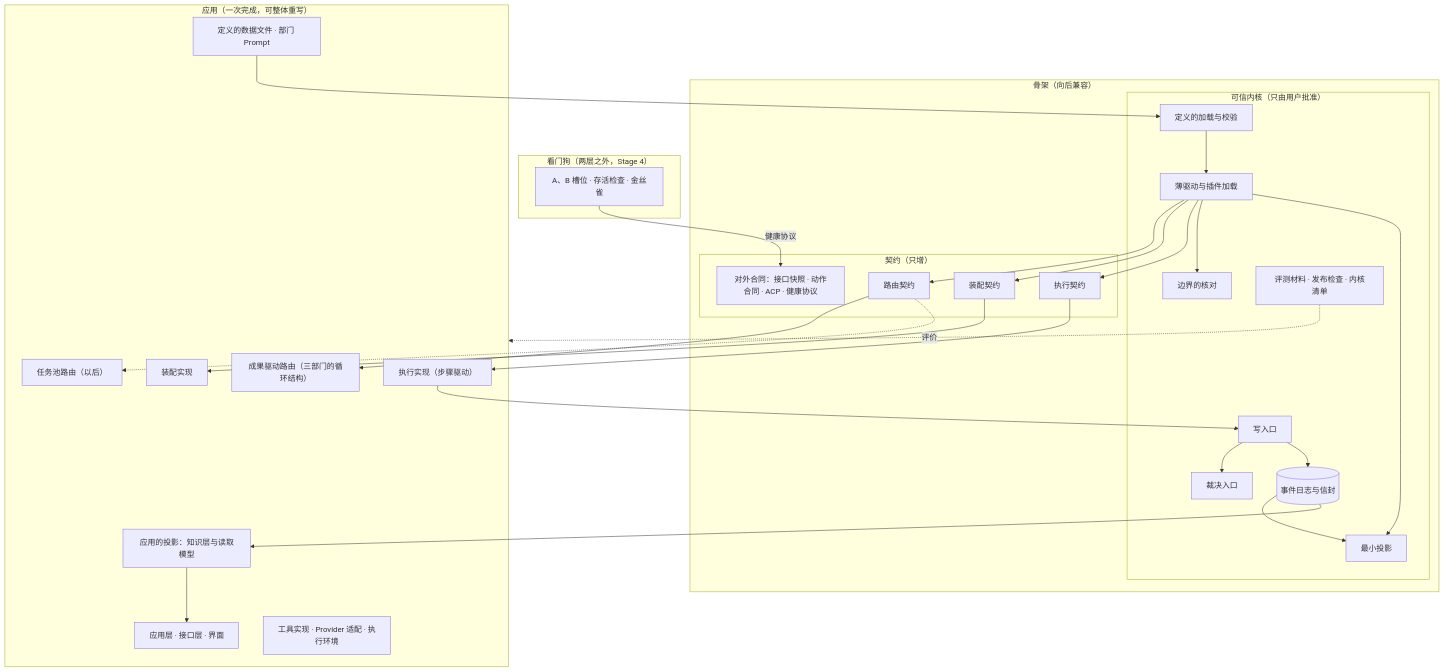
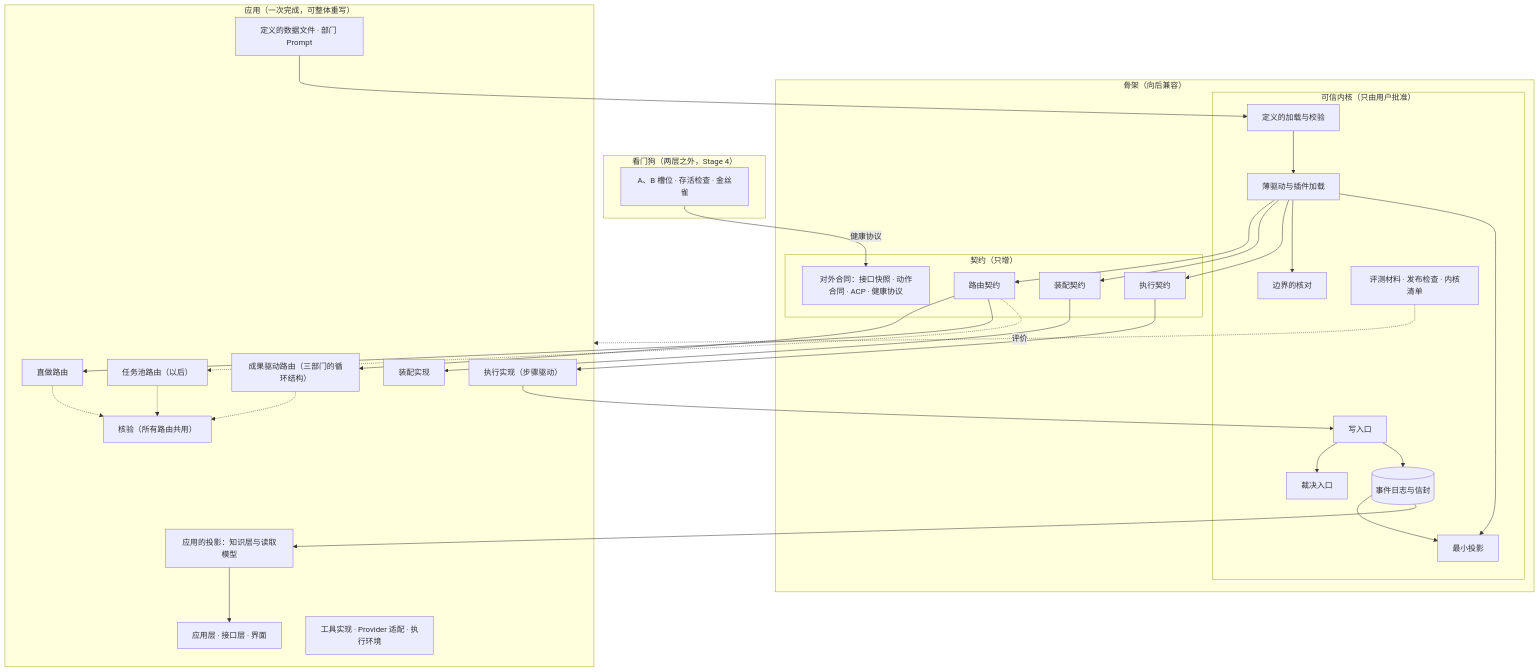
One commit to bender2333/yudao changed the second of 2 diagrams in docs/design/skeleton-and-application.md. Above: the diagram before and after it, drawn with Mermaid. The commit also changed other lines of this file and 23 other files, not shown here.

First line of the commit message:
子模块设计说明按 ADR-0044 后的总图核对：核验归核验角色、子循环收窄、外包不再要求下游核验

````diff
--- a/docs/design/skeleton-and-application.md
+++ b/docs/design/skeleton-and-application.md
@@ -324,48 +324,52 @@
 ```mermaid
 flowchart TB
   subgraph WD["看门狗（两层之外，Stage 4）"]
     Slots["A、B 槽位 · 存活检查 · 金丝雀"]
   end
   subgraph SK["骨架（向后兼容）"]
     subgraph Kernel["可信内核（只由用户批准）"]
       Log[("事件日志与信封")]
       WP["写入口"]
       U["裁决入口"]
       Bnd["边界的核对"]
       MP["最小投影"]
       Def["定义的加载与校验"]
       Eval["评测材料 · 发布检查 · 内核清单"]
       Drv["薄驱动与插件加载"]
     end
     subgraph Contract["契约（只增）"]
       RC["路由契约"]
       AC["装配契约"]
       XC["执行契约"]
       Ext["对外合同：接口快照 · 动作合同 · ACP · 健康协议"]
     end
   end
   subgraph APP["应用（一次完成，可整体重写）"]
     Route["成果驱动路由（三部门的循环结构）"]
+    Direct["直做路由"]
     Pool["任务池路由（以后）"]
+    Verify["核验（所有路由共用）"]
     Asm["装配实现"]
     Exec["执行实现（步骤驱动）"]
     Know["应用的投影：知识层与读取模型"]
     UI["应用层 · 接口层 · 界面"]
     Tools["工具实现 · Provider 适配 · 执行环境"]
     Data["定义的数据文件 · 部门 Prompt"]
   end
   Slots -->|健康协议| Ext
   Drv --> RC --> Route
+  RC --> Direct
   RC -.-> Pool
+  Route & Direct & Pool -.-> Verify
   Drv --> AC --> Asm
   Drv --> XC --> Exec
   Drv --> Bnd
   Drv --> MP
   Exec --> WP --> U
   WP --> Log
   Log --> MP
   Log --> Know --> UI
   Def --> Drv
   Data --> Def
   Eval -.->|评价| APP
 ```
````
